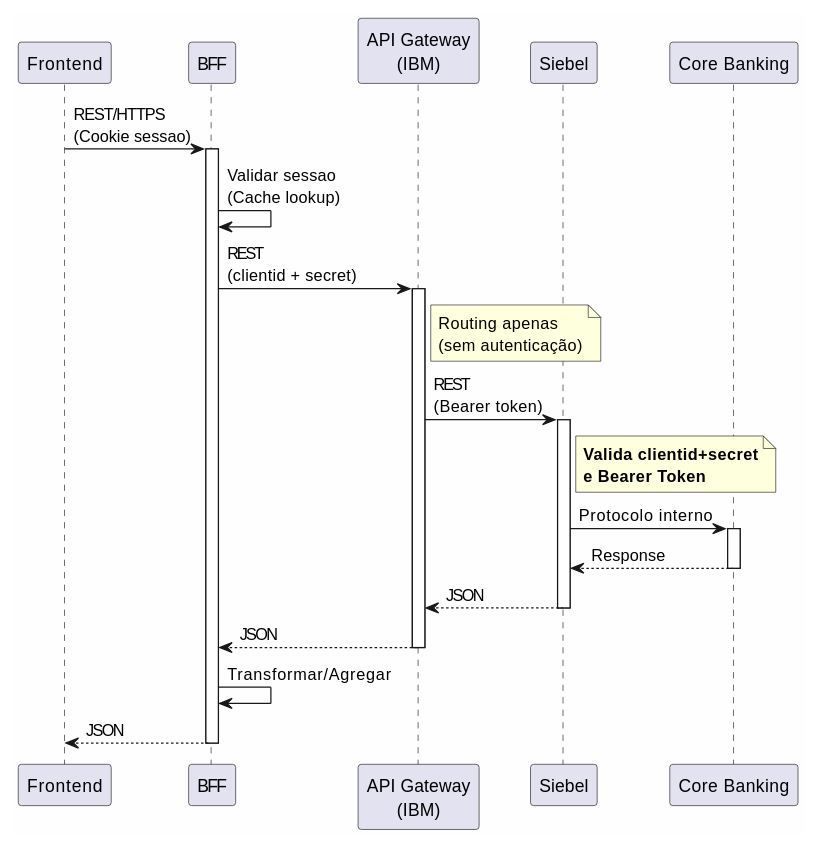
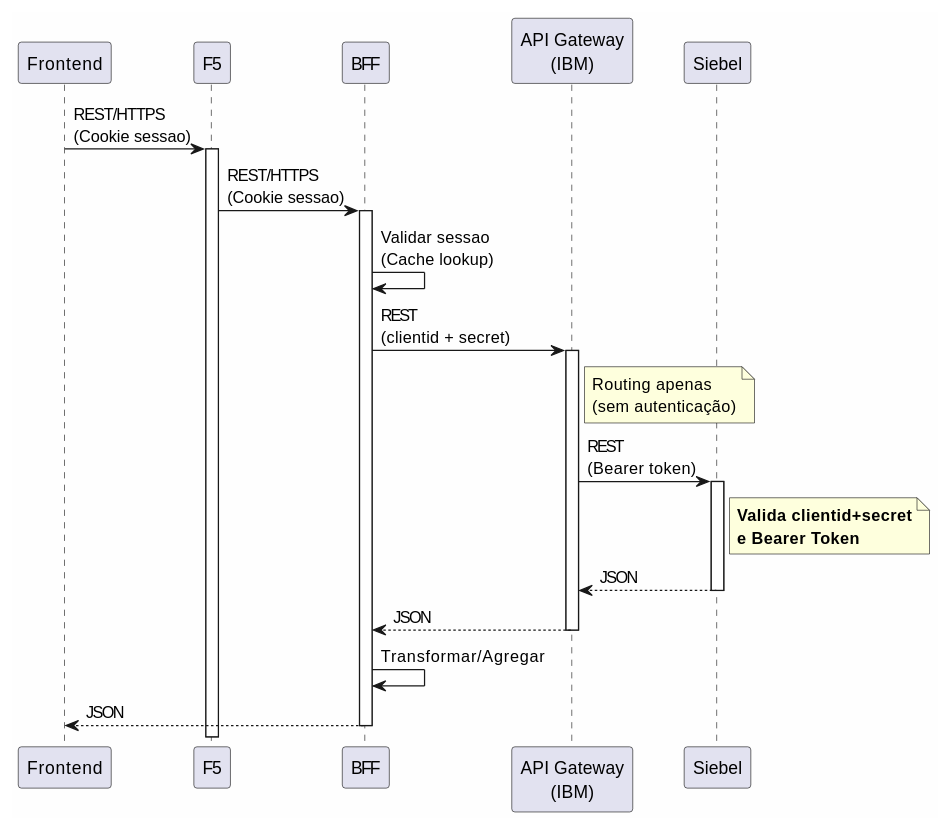
One commit to beduardo/novobanco_website_doc changed the second of 2 diagrams in current/sections/SEC-05-arquitetura-backend-servicos.md. Above: the diagram before and after it, drawn with PlantUML. The commit also changed other lines of this file and 26 other files, not shown here.

````diff
--- a/current/sections/SEC-05-arquitetura-backend-servicos.md
+++ b/current/sections/SEC-05-arquitetura-backend-servicos.md
@@ -149,39 +148,37 @@
 ```plantuml
 @startuml
 skinparam backgroundColor #FEFEFE
 
 participant "Frontend" as FE
+participant "F5" as F5
 participant "BFF" as BFF
 participant "API Gateway\n(IBM)" as GW
 participant "Siebel" as SIEBEL
-participant "Core Banking" as CORE
 
-FE -> BFF : REST/HTTPS\n(Cookie sessao)
+FE -> F5 : REST/HTTPS\n(Cookie sessao)
+activate F5
+
+F5 -> BFF : REST/HTTPS\n(Cookie sessao)
 activate BFF
 
 BFF -> BFF : Validar sessao\n(Cache lookup)
 BFF -> GW : REST\n(clientid + secret)
 activate GW
 note right of GW: Routing apenas\n(sem autenticação)
 
 GW -> SIEBEL : REST\n(Bearer token)
 activate SIEBEL
 note right of SIEBEL: **Valida clientid+secret**\n**e Bearer Token**
-
-SIEBEL -> CORE : Protocolo interno
-activate CORE
-CORE --> SIEBEL : Response
-deactivate CORE
 
 SIEBEL --> GW : JSON
 deactivate SIEBEL
 
 GW --> BFF : JSON
 deactivate GW
 
 BFF -> BFF : Transformar/Agregar
 BFF --> FE : JSON
 deactivate BFF
 
 @enduml
 ```
````
